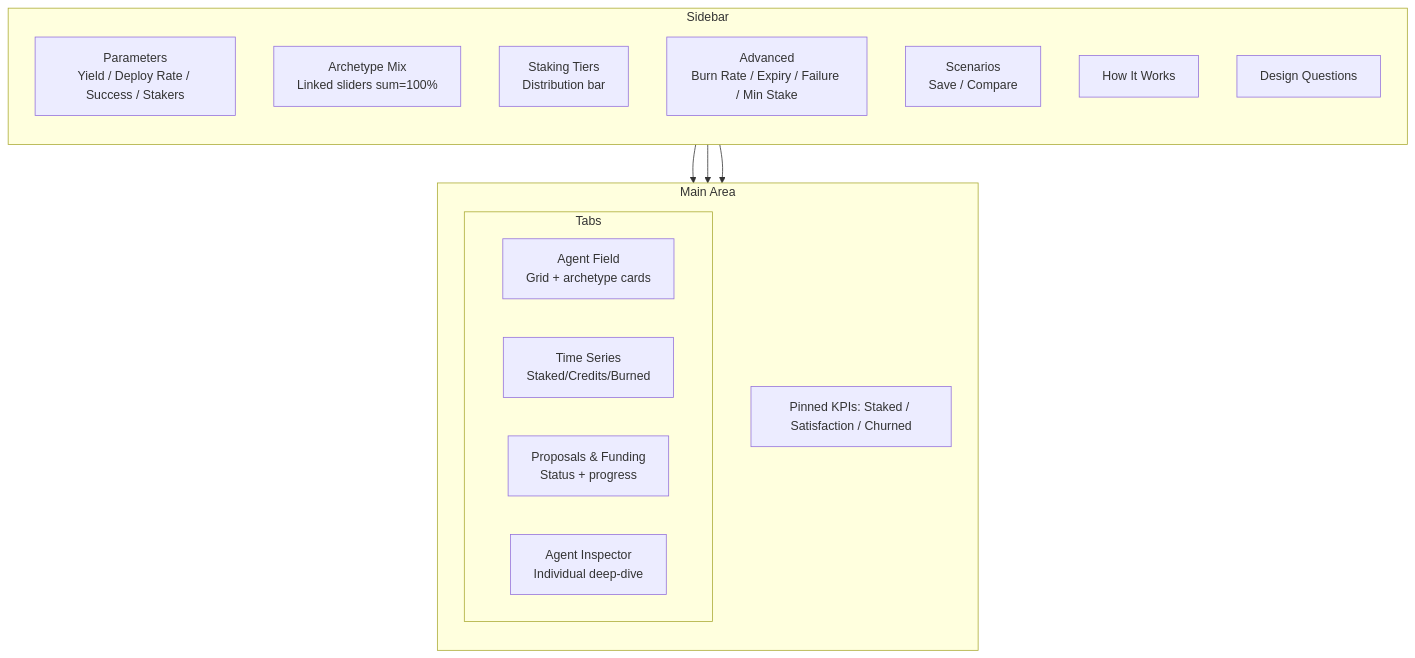
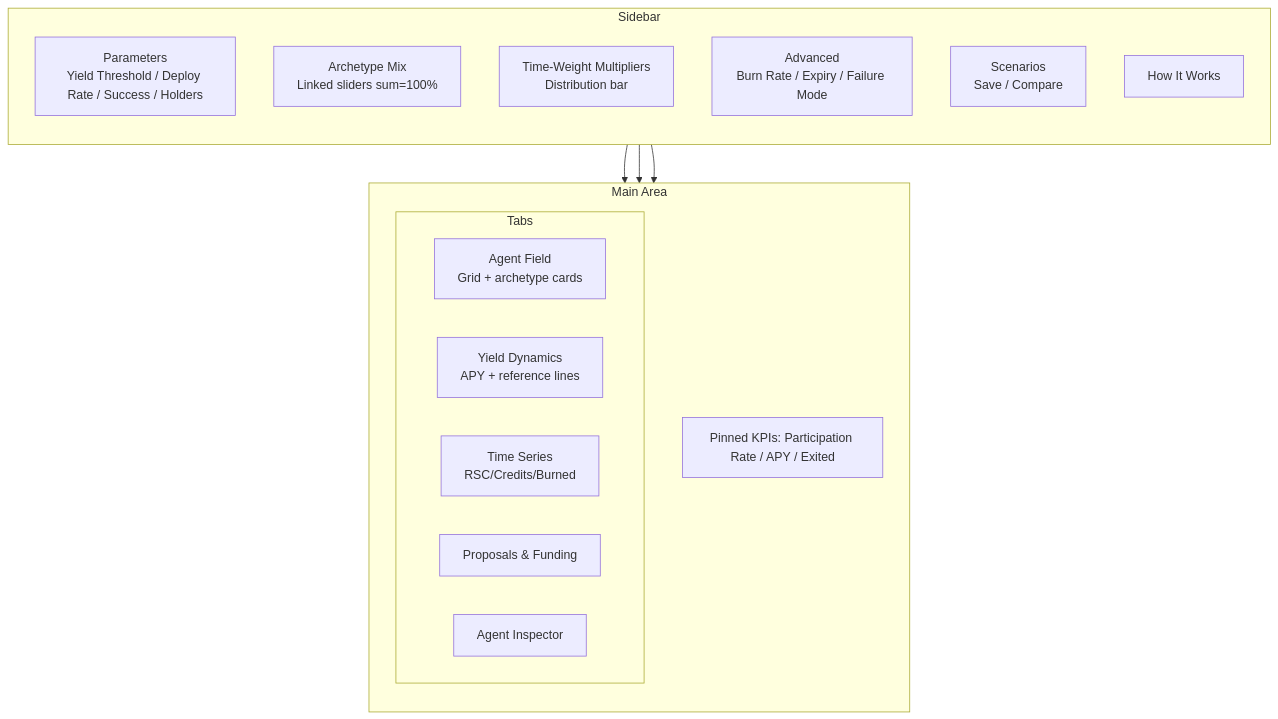
Diagram 11 of 13 in ARCHITECTURE.md (rsthornton/rsc-endowment-abm), drawn with Mermaid before and after one commit. The commit also changed other lines of this file and 13 other files, not shown here.

````diff
--- a/ARCHITECTURE.md
+++ b/ARCHITECTURE.md
@@ -150,28 +221,28 @@
 ```mermaid
 graph TB
     subgraph Sidebar
         direction TB
-        P[Parameters<br/>Yield / Deploy Rate / Success / Stakers]
+        P[Parameters<br/>Yield Threshold / Deploy Rate / Success / Holders]
         AM[Archetype Mix<br/>Linked sliders sum=100%]
-        ST[Staking Tiers<br/>Distribution bar]
-        ADV[Advanced<br/>Burn Rate / Expiry / Failure / Min Stake]
+        TW[Time-Weight Multipliers<br/>Distribution bar]
+        ADV[Advanced<br/>Burn Rate / Expiry / Failure Mode]
         SC[Scenarios<br/>Save / Compare]
         HW[How It Works]
-        DQ[Design Questions]
     end
 
     subgraph Main["Main Area"]
         direction TB
-        KPI[Pinned KPIs: Staked / Satisfaction / Churned]
+        KPI[Pinned KPIs: Participation Rate / APY / Exited]
         subgraph Tabs
             AF[Agent Field<br/>Grid + archetype cards]
-            TS[Time Series<br/>Staked/Credits/Burned]
-            PF[Proposals & Funding<br/>Status + progress]
-            AI[Agent Inspector<br/>Individual deep-dive]
+            YD[Yield Dynamics<br/>APY + reference lines]
+            TS[Time Series<br/>RSC/Credits/Burned]
+            PF[Proposals & Funding]
+            AI[Agent Inspector]
         end
     end
 
     P --> Main
     AM --> Main
     ADV --> Main
 ```
````
